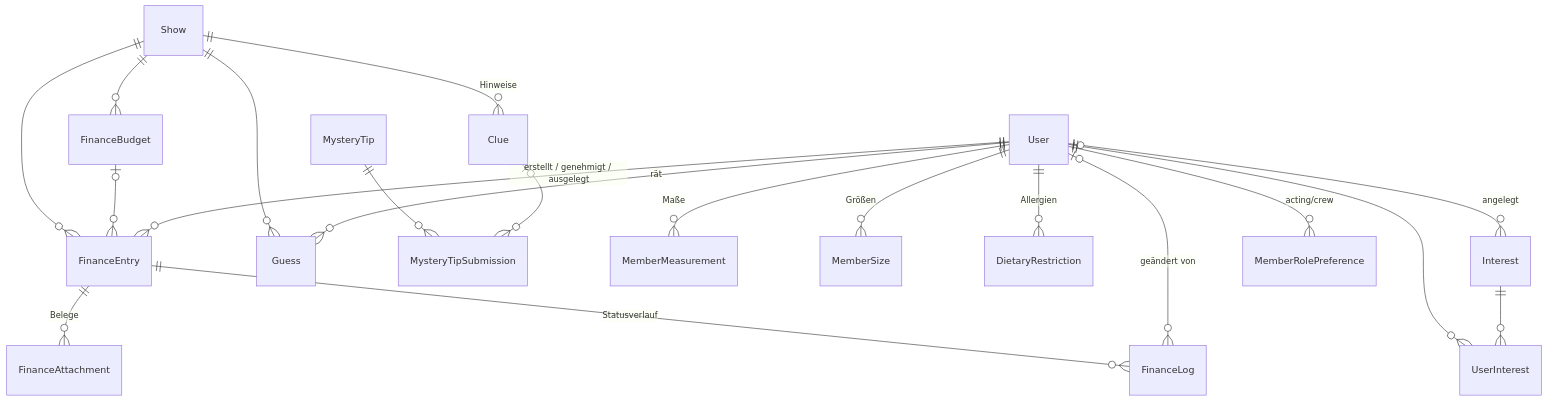
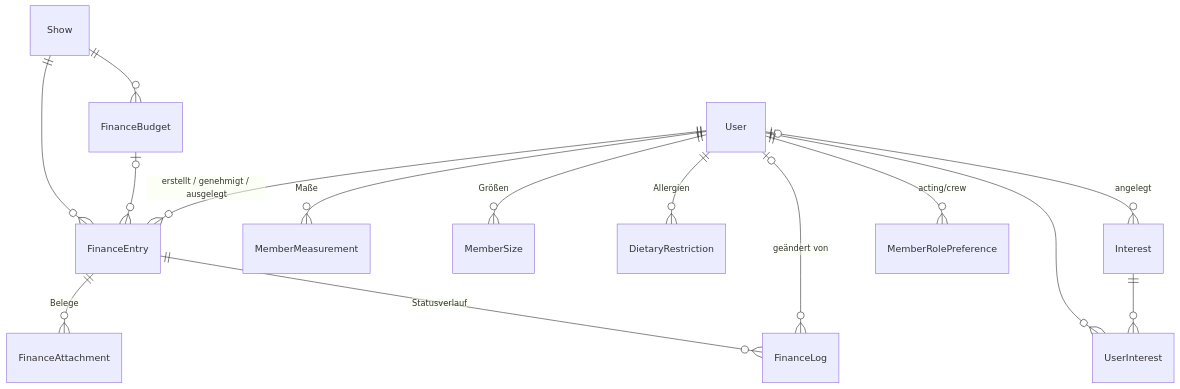
The fifth of 6 diagrams in docs/datenmodell.md (Schlossparktheater-Altrossthal/Website), drawn with Mermaid before and after one commit. The commit also changed other lines of this file and 12 other files, not shown here.

````diff
--- a/docs/datenmodell.md
+++ b/docs/datenmodell.md
@@ -180,22 +179,17 @@
 ```mermaid
 erDiagram
     Show ||--o{ FinanceBudget : ""
     Show ||--o{ FinanceEntry : ""
     FinanceBudget |o--o{ FinanceEntry : ""
     FinanceEntry ||--o{ FinanceAttachment : "Belege"
     FinanceEntry ||--o{ FinanceLog : "Statusverlauf"
     User ||--o{ FinanceEntry : "erstellt / genehmigt / ausgelegt"
     User |o--o{ FinanceLog : "geändert von"
-    Show ||--o{ Clue : "Hinweise"
-    Show ||--o{ Guess : ""
-    User ||--o{ Guess : "rät"
-    MysteryTip ||--o{ MysteryTipSubmission : ""
-    Clue |o--o{ MysteryTipSubmission : ""
     User ||--o{ MemberMeasurement : "Maße"
     User ||--o{ MemberSize : "Größen"
     User ||--o{ DietaryRestriction : "Allergien"
     User ||--o{ UserInterest : ""
     Interest ||--o{ UserInterest : ""
     User |o--o{ Interest : "angelegt"
     User ||--o{ MemberRolePreference : "acting/crew"
 ```
````
